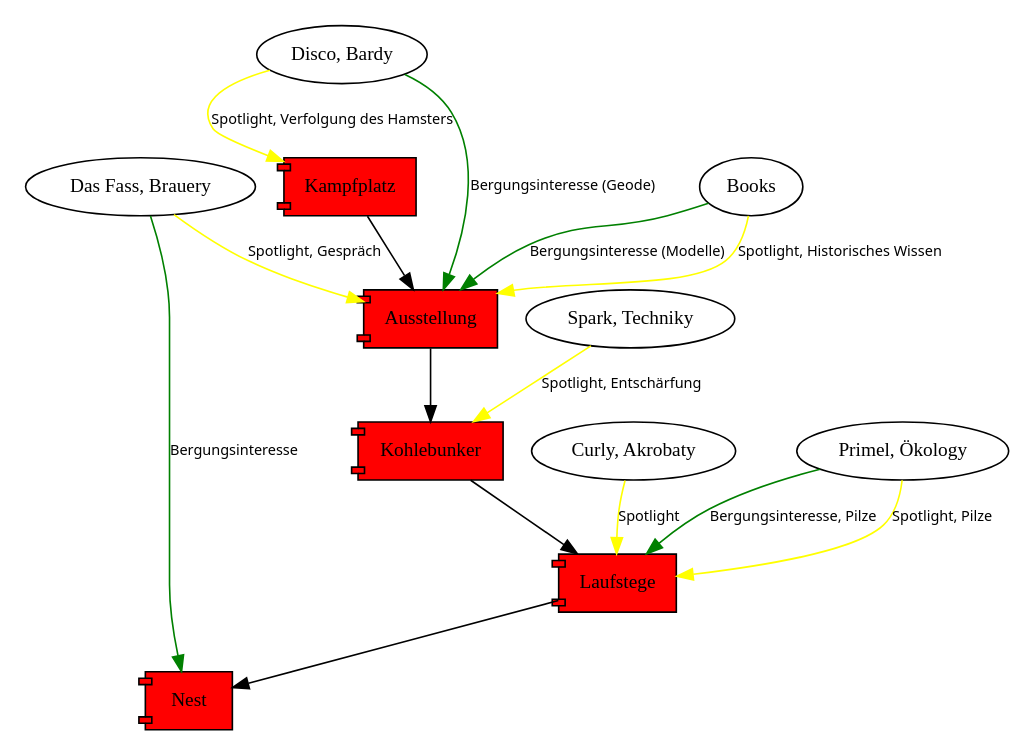
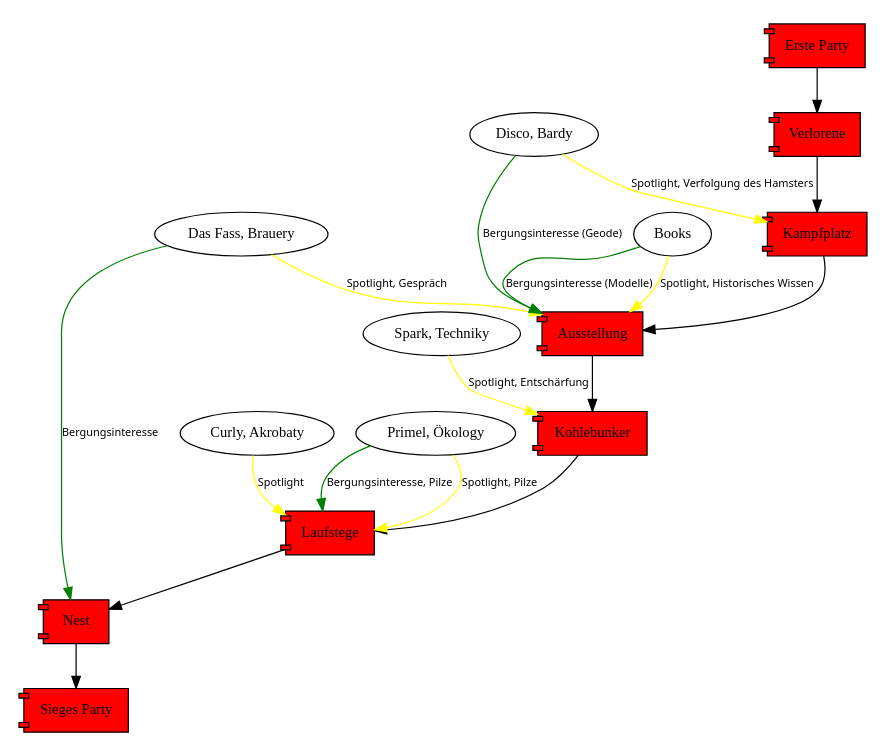
Before and after one commit to Thorsten-Sick/Solarpunk2050: the diagram in con_abenteuer_1/abenteuer.rst, drawn with Graphviz. The commit also changed other lines of this file and 1 other file, not shown here.

```diff
--- a/con_abenteuer_1/abenteuer.rst
+++ b/con_abenteuer_1/abenteuer.rst
@@ -20,47 +20,53 @@
 .. graphviz::
     :name: plot
     :caption: Plot Ablauf
     :alt: Ablauf des Abenteuers
     :align: center
 
      digraph "sphinx-ext-graphviz" {
          size="6, 4";
 
          graph [fontname="Verdana", fontsize="12"];
          node [fontname="Verdana", fontsize="12"];
          edge [fontname="Sans", fontsize="9"];
 
+         Party1 [label="Erste Party", shape="component", fillcolor=red, style=filled]
+         Verlorene [label="Verlorene", shape="component", fillcolor=red, style=filled]
          Kampfplatz [label="Kampfplatz", shape="component", fillcolor=red, style=filled
               ];
          Ausstellung [label="Ausstellung", shape="component", fillcolor=red, style=filled
               ];
          Kohlebunker [label="Kohlebunker", shape="component", fillcolor=red, style=filled
               ];
          Nest [label="Nest", shape="component", fillcolor=red, style=filled
               ];
          Laufstege [label="Laufstege", shape="component", fillcolor=red, style=filled
               ];
+         Party2 [label="Sieges Party", shape="component", fillcolor=red, style=filled]
 
         Curly [label="Curly, Akrobaty"]
         Fass [label="Das Fass, Brauery"]
         Disco [label="Disco, Bardy"]
         Spark [label="Spark, Techniky"]
         Primel [label="Primel, Ökology"]
 
+        Party1 -> Verlorene
+        Verlorene -> Kampfplatz
         Kampfplatz -> Ausstellung
         Ausstellung -> Kohlebunker
         Kohlebunker -> Laufstege
         Laufstege -> Nest
+        Nest -> Party2
 
         Curly -> Laufstege [label="Spotlight", color=yellow]
         Fass -> Nest [label="Bergungsinteresse", color=green]
         Books -> Ausstellung [label="Bergungsinteresse (Modelle)", color=green]
         Disco -> Ausstellung [label="Bergungsinteresse (Geode)", color=green]
         Fass -> Ausstellung [label="Spotlight, Gespräch", color=yellow]
         Spark -> Kohlebunker [label="Spotlight, Entschärfung", color=yellow]
         Primel -> Laufstege [label="Spotlight, Pilze", color=yellow]
         Primel -> Laufstege [label="Bergungsinteresse, Pilze", color=green]
         Disco -> Kampfplatz [label="Spotlight, Verfolgung des Hamsters", color=yellow]
         Books -> Ausstellung [label="Spotlight, Historisches Wissen", color=yellow]
 
      }
```
